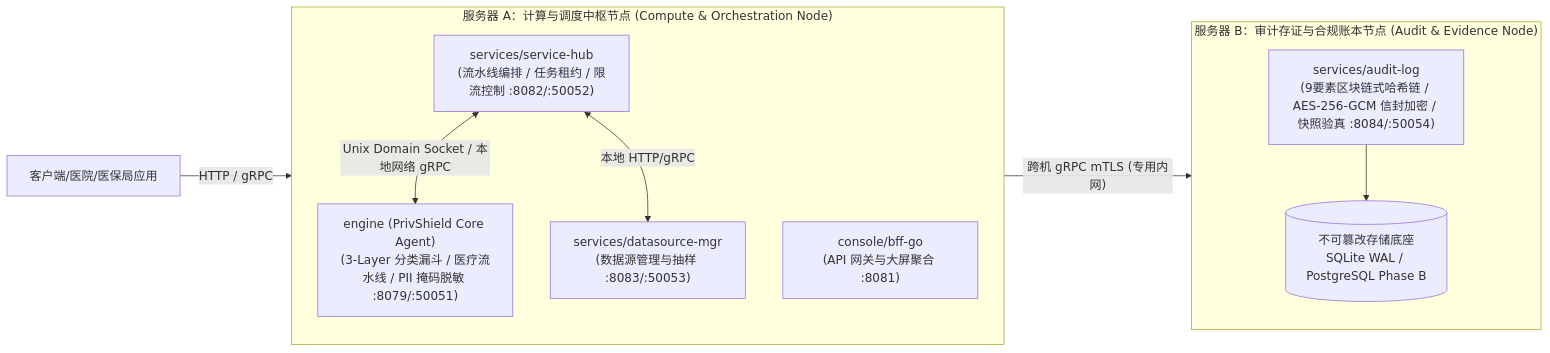
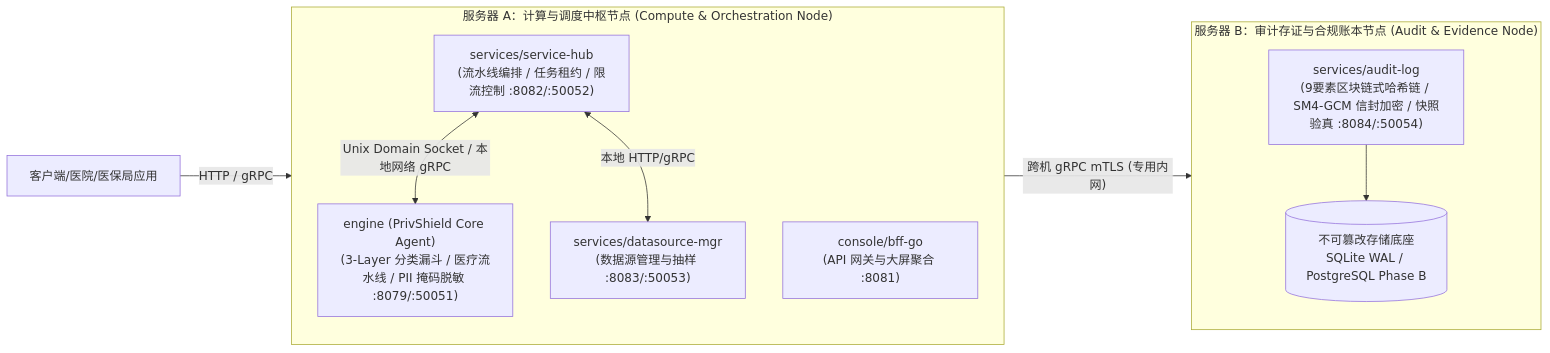
One commit to fengzhizi319/PrivShield changed the diagram in docs/deployment/design.md. Above: the diagram before and after it, drawn with Mermaid. The commit also changed other lines of this file and 1 other file, not shown here.

````diff
--- a/docs/deployment/design.md
+++ b/docs/deployment/design.md
@@ -944,24 +944,24 @@
 ```mermaid
 flowchart LR
     subgraph NodeA ["服务器 A：计算与调度中枢节点 (Compute & Orchestration Node)"]
         direction TB
         Hub["services/service-hub<br/>(流水线编排 / 任务租约 / 限流控制 :8082/:50052)"]
         Engine["engine (PrivShield Core Agent)<br/>(3-Layer 分类漏斗 / 医疗流水线 / PII 掩码脱敏 :8079/:50051)"]
         DSMgr["services/datasource-mgr<br/>(数据源管理与抽样 :8083/:50053)"]
         BFF["console/bff-go<br/>(API 网关与大屏聚合 :8081)"]
         
         Hub <-->|Unix Domain Socket / 本地网络 gRPC| Engine
         Hub <-->|本地 HTTP/gRPC| DSMgr
     end
 
     subgraph NodeB ["服务器 B：审计存证与合规账本节点 (Audit & Evidence Node)"]
         direction TB
-        AuditLog["services/audit-log<br/>(9要素区块链式哈希链 / AES-256-GCM 信封加密 / 快照验真 :8084/:50054)"]
+        AuditLog["services/audit-log<br/>(9要素区块链式哈希链 / SM4-GCM 信封加密 / 快照验真 :8084/:50054)"]
         AuditDB[(不可篡改存储底座<br/>SQLite WAL / PostgreSQL Phase B)]
         
         AuditLog --> AuditDB
     end
 
     Client[客户端/医院/医保局应用] -->|HTTP / gRPC| NodeA
     NodeA -->|"跨机 gRPC mTLS (专用内网)"| NodeB
 ```
````
